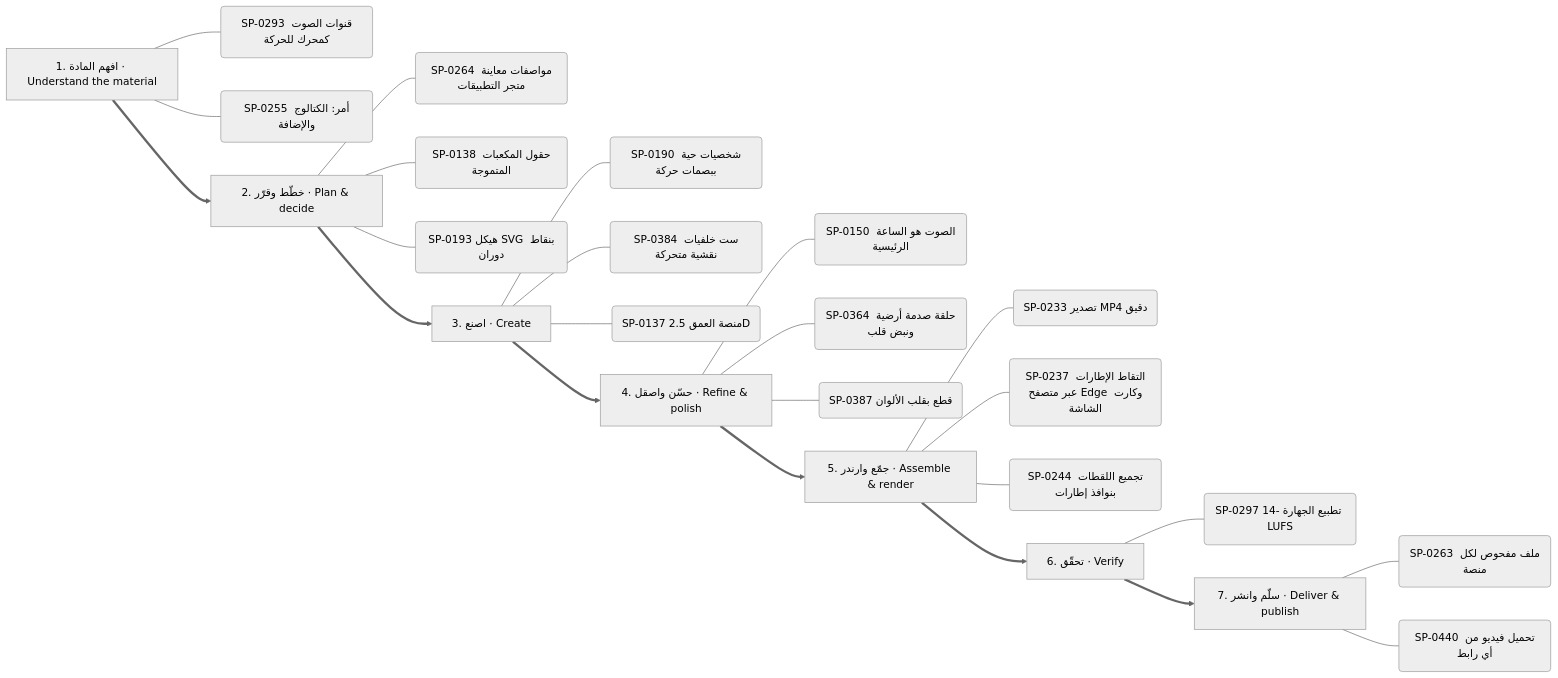
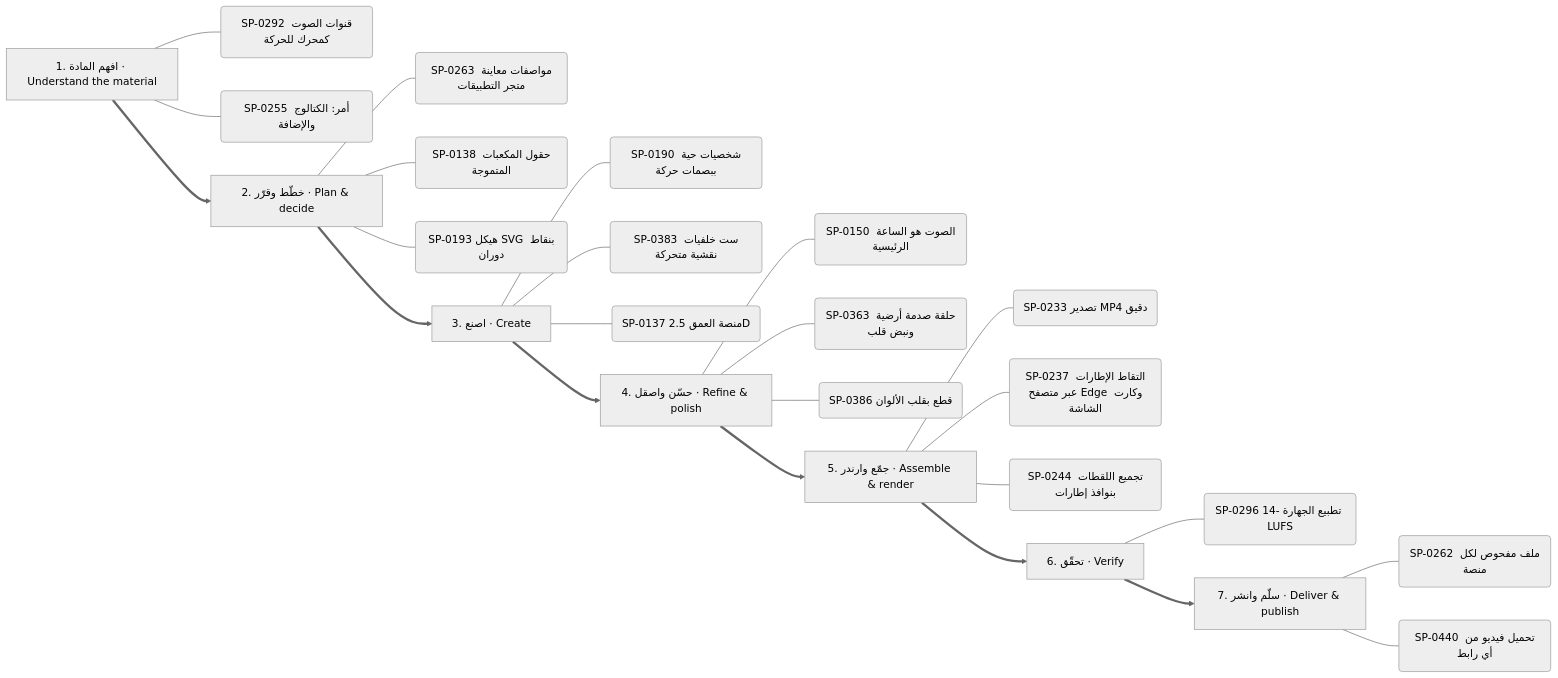
One commit to kosif199022-jpg/kosif-tool changed the fourth of 13 diagrams in .claude/skills/kosif-superpowers/references/capability-mindmap.md. Above: the diagram before and after it, drawn with Mermaid (neutral theme). The commit also changed other lines of this file and 61 other files, not shown here.

````diff
--- a/.claude/skills/kosif-superpowers/references/capability-mindmap.md
+++ b/.claude/skills/kosif-superpowers/references/capability-mindmap.md
@@ -226,33 +227,33 @@
 ```mermaid
 flowchart LR
   S0["1. افهم المادة · Understand the material"]
-  S0 --- S0_0("SP-0293 قنوات الصوت كمحرك للحركة")
+  S0 --- S0_0("SP-0292 قنوات الصوت كمحرك للحركة")
   S0 --- S0_1("SP-0255 أمر: الكتالوج والإضافة")
   S1["2. خطّط وقرّر · Plan & decide"]
-  S1 --- S1_0("SP-0264 مواصفات معاينة متجر التطبيقات")
+  S1 --- S1_0("SP-0263 مواصفات معاينة متجر التطبيقات")
   S1 --- S1_1("SP-0138 حقول المكعبات المتموجة")
   S1 --- S1_2("SP-0193 هيكل SVG بنقاط دوران")
   S0 ==> S1
   S2["3. اصنع · Create"]
   S2 --- S2_0("SP-0190 شخصيات حية ببصمات حركة")
-  S2 --- S2_1("SP-0384 ست خلفيات نقشية متحركة")
+  S2 --- S2_1("SP-0383 ست خلفيات نقشية متحركة")
   S2 --- S2_2("SP-0137 منصة العمق 2.5D")
   S1 ==> S2
   S3["4. حسّن واصقل · Refine & polish"]
   S3 --- S3_0("SP-0150 الصوت هو الساعة الرئيسية")
-  S3 --- S3_1("SP-0364 حلقة صدمة أرضية ونبض قلب")
-  S3 --- S3_2("SP-0387 قطع بقلب الألوان")
+  S3 --- S3_1("SP-0363 حلقة صدمة أرضية ونبض قلب")
+  S3 --- S3_2("SP-0386 قطع بقلب الألوان")
   S2 ==> S3
   S4["5. جمّع وارندر · Assemble & render"]
   S4 --- S4_0("SP-0233 تصدير MP4 دقيق")
   S4 --- S4_1("SP-0237 التقاط الإطارات عبر متصفح Edge وكارت الشاشة")
   S4 --- S4_2("SP-0244 تجميع اللقطات بنوافذ إطارات")
   S3 ==> S4
   S5["6. تحقّق · Verify"]
-  S5 --- S5_0("SP-0297 تطبيع الجهارة -14 LUFS")
+  S5 --- S5_0("SP-0296 تطبيع الجهارة -14 LUFS")
   S4 ==> S5
   S6["7. سلّم وانشر · Deliver & publish"]
-  S6 --- S6_0("SP-0263 ملف مفحوص لكل منصة")
+  S6 --- S6_0("SP-0262 ملف مفحوص لكل منصة")
   S6 --- S6_1("SP-0440 تحميل فيديو من أي رابط")
   S5 ==> S6
 ```
````
